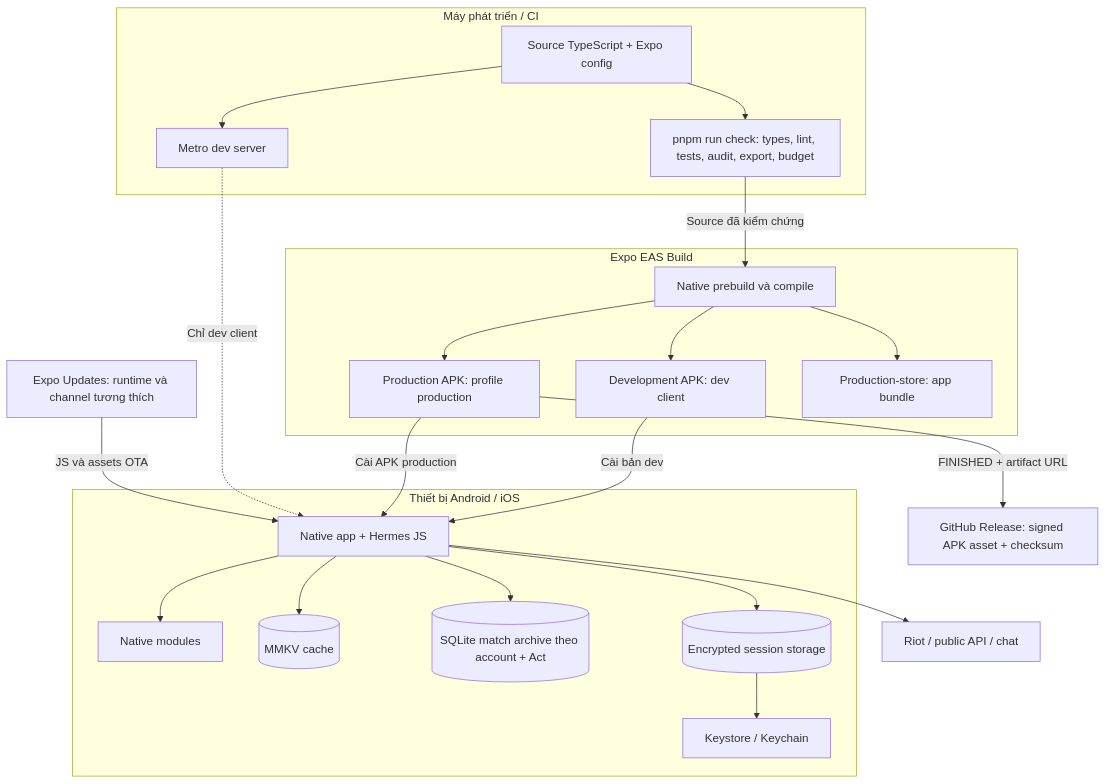
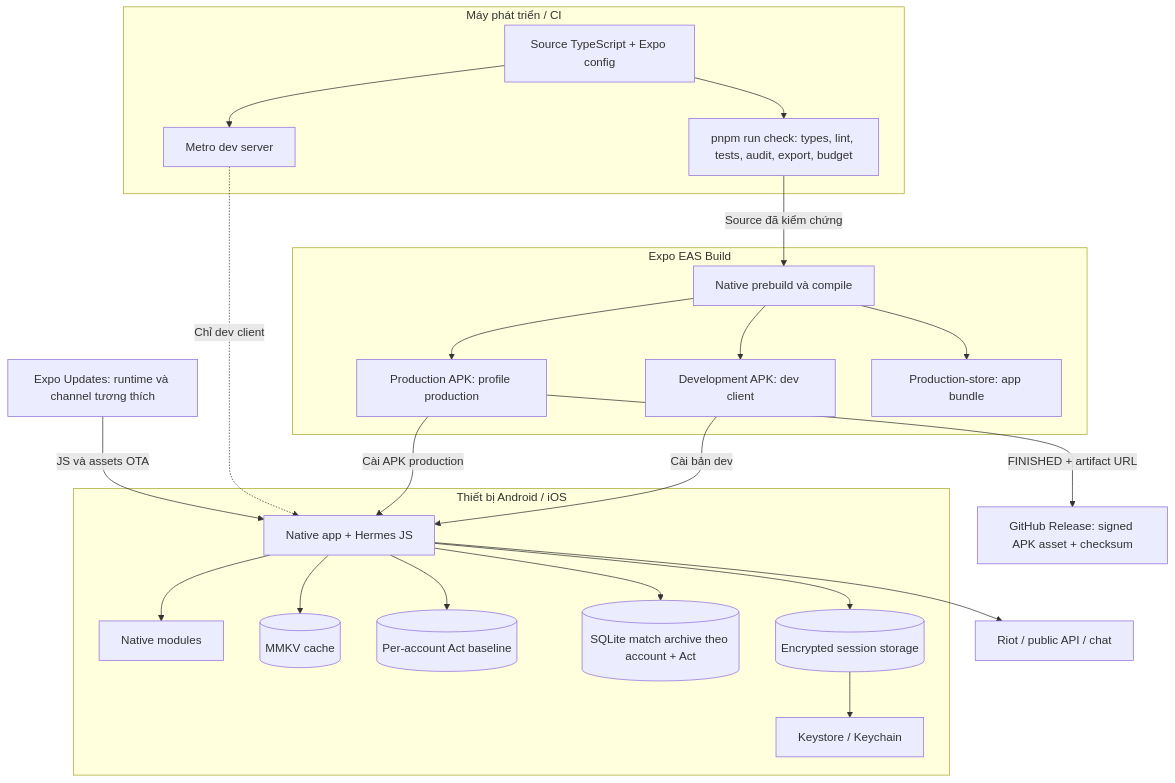
Before and after one commit to GinzaTech/Vshop: the diagram in markdown/13-deployment.md, drawn with Mermaid. The commit also changed other lines of this file and 95 other files, not shown here.

````diff
--- a/markdown/13-deployment.md
+++ b/markdown/13-deployment.md
@@ -6,40 +6,42 @@
 ```mermaid
 flowchart TB
     subgraph Development[Máy phát triển / CI]
         Src[Source TypeScript + Expo config]
         Check[pnpm run check: types, lint, tests, audit, export, budget]
         Metro[Metro dev server]
         Src --> Check
         Src --> Metro
     end
     subgraph Build[Expo EAS Build]
         Native[Native prebuild và compile]
         Dev[Development APK: dev client]
         Prod[Production APK: profile production]
         AAB[Production-store: app bundle]
         Native --> Dev
         Native --> Prod
         Native --> AAB
     end
     Release[GitHub Release: signed APK asset + checksum]
     Check -->|Source đã kiểm chứng| Native
     subgraph Runtime[Thiết bị Android / iOS]
         App[Native app + Hermes JS]
         Modules[Native modules]
         Cache[(MMKV cache)]
+        Baseline[(Per-account Act baseline)]
         Archive[(SQLite match archive theo account + Act)]
         Secure[(Encrypted session storage)]
         Keys[Keystore / Keychain]
         App --> Modules
         App --> Cache
+        App --> Baseline
         App --> Archive
         App --> Secure
         Secure --> Keys
     end
     Dev -->|Cài bản dev| App
     Prod -->|Cài APK production| App
     Prod -->|FINISHED + artifact URL| Release
     Metro -. Chỉ dev client .-> App
     App --> Riot[Riot / public API / chat]
     Updates[Expo Updates: runtime và channel tương thích] -->|JS và assets OTA| App
 ```
````
